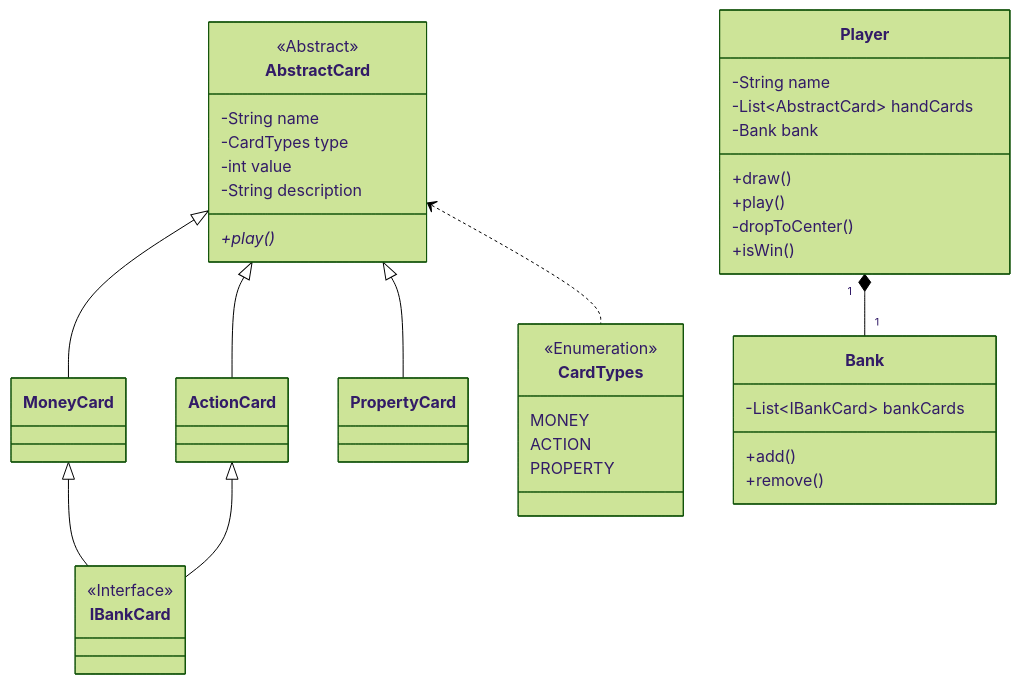
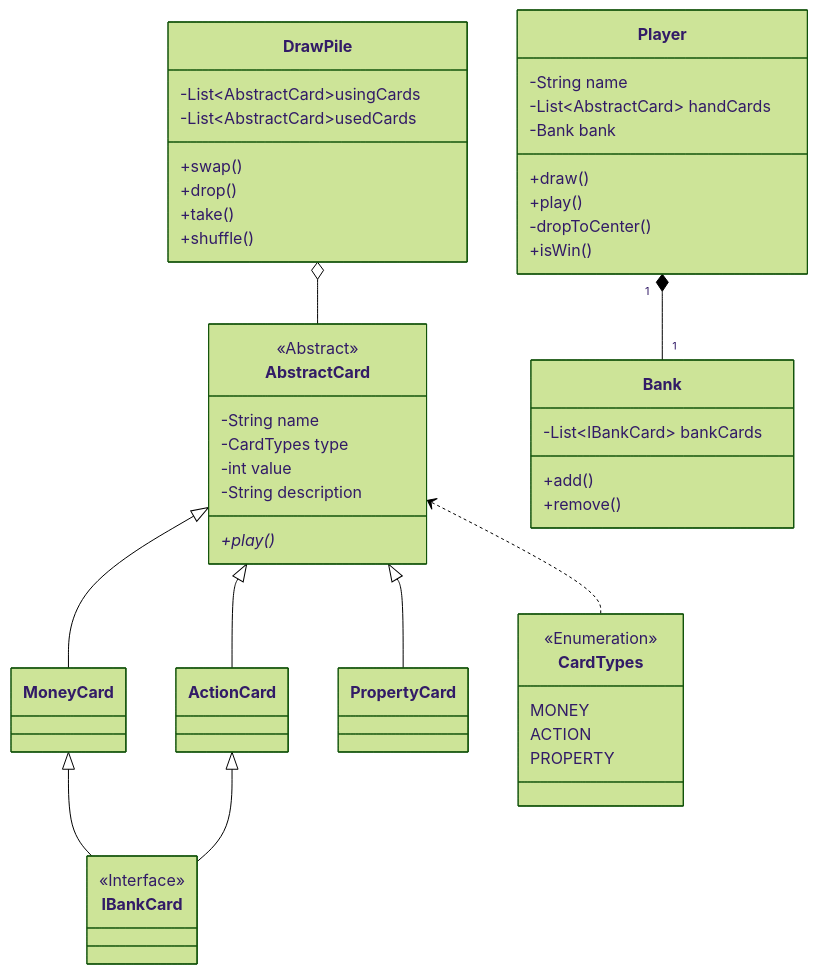
The diagram in README.md (KelvinQiu802/comp2004), drawn with Mermaid (forest theme) before and after one commit.

Commit message:
feat: draw pile uml

````diff
--- a/README.md
+++ b/README.md
@@ -14,52 +14,62 @@
 ```mermaid
 classDiagram
 	AbstractCard <|-- MoneyCard
 	AbstractCard <|-- ActionCard
 	AbstractCard <|-- PropertyCard
 	AbstractCard <.. CardTypes
 	MoneyCard <|-- IBankCard
 	ActionCard <|-- IBankCard
 	Player "1" *-- "1" Bank
+	DrawPile o-- AbstractCard
 	
 	class AbstractCard{
 		<<Abstract>>
 		-String name
 		-CardTypes type
 		-int value
 		-String description
 		+play()*
 	}
 		
 	class MoneyCard
 	
 	class ActionCard
 	
 	class PropertyCard
 	
 	class IBankCard{
 			<<Interface>>
 	}
 		
 	class Player{
 		-String name
 		-List~AbstractCard~ handCards
 		-Bank bank
 		+draw()
 		+play()
 		-dropToCenter()
 		+isWin()
 	}
 
 	class Bank{
 		-List~IBankCard~ bankCards
 		+add()
 		+remove()
 	}
 	
 	class CardTypes{
 		<<Enumeration>>
 		MONEY
 		ACTION
 		PROPERTY
 	}
+	
+	class DrawPile{
+		-List~AbstractCard~usingCards
+		-List~AbstractCard~usedCards
+		+swap()
+		+drop()
+		+take()
+		+shuffle()
+	}
 ```
````
